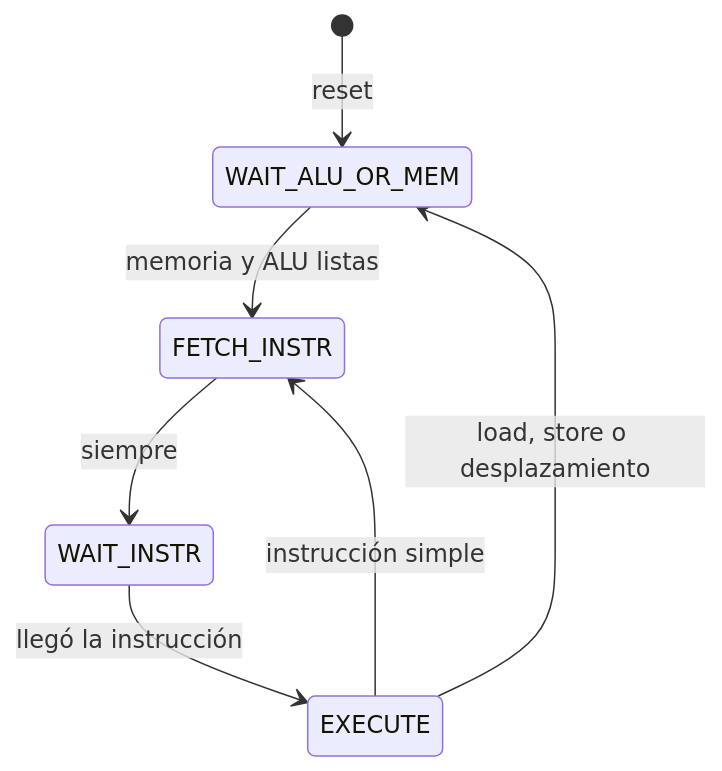
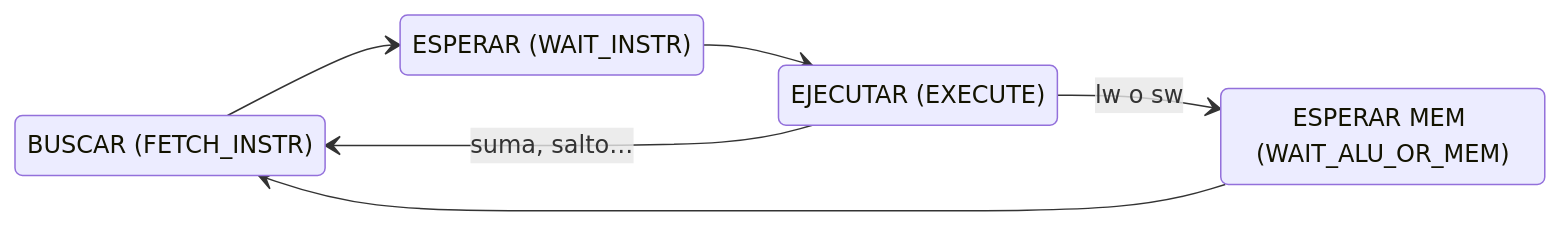
One commit to afgalindor1/Laboratorio_Digital_2026_2_G9_G10 changed the sixth of 7 diagrams in Labs/lab-femtorv/lab-femtorv/Fundamentos/01_RISC-V_y_FemtoRV.md. Above: the diagram before and after it, drawn with Mermaid. The commit also changed other lines of this file and 7 other files, not shown here.

````diff
--- a/Labs/lab-femtorv/lab-femtorv/Fundamentos/01_RISC-V_y_FemtoRV.md
+++ b/Labs/lab-femtorv/lab-femtorv/Fundamentos/01_RISC-V_y_FemtoRV.md
@@ -239,9 +167,13 @@
 ```mermaid
 stateDiagram-v2
-    [*] --> WAIT_ALU_OR_MEM : reset
-    FETCH_INSTR --> WAIT_INSTR : siempre
-    WAIT_INSTR --> EXECUTE : llegó la instrucción
-    EXECUTE --> FETCH_INSTR : instrucción simple
-    EXECUTE --> WAIT_ALU_OR_MEM : load, store o desplazamiento
-    WAIT_ALU_OR_MEM --> FETCH_INSTR : memoria y ALU listas
+    direction LR
+    BUSCAR: BUSCAR (FETCH_INSTR)
+    ESPERAR: ESPERAR (WAIT_INSTR)
+    EJECUTAR: EJECUTAR (EXECUTE)
+    ESPERAR_MEM: ESPERAR MEM (WAIT_ALU_OR_MEM)
+    BUSCAR --> ESPERAR
+    ESPERAR --> EJECUTAR
+    EJECUTAR --> BUSCAR : suma, salto…
+    EJECUTAR --> ESPERAR_MEM : lw o sw
+    ESPERAR_MEM --> BUSCAR
 ```
````
